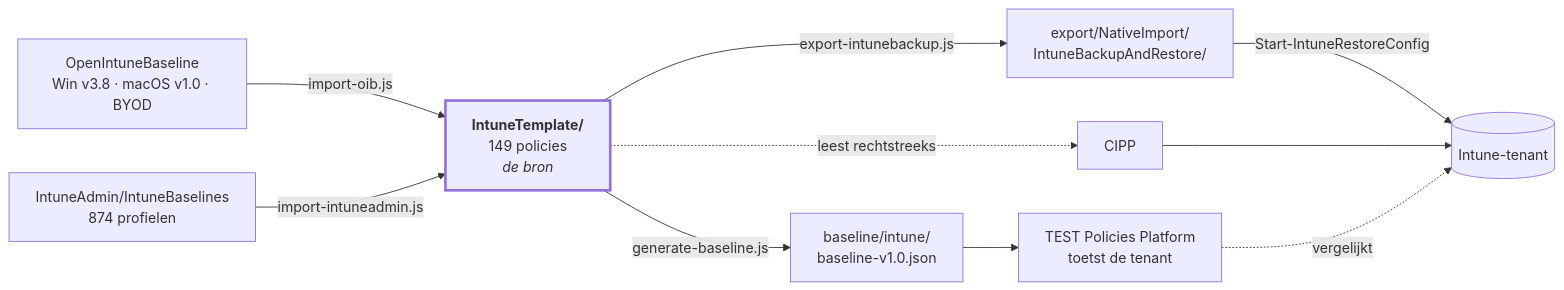
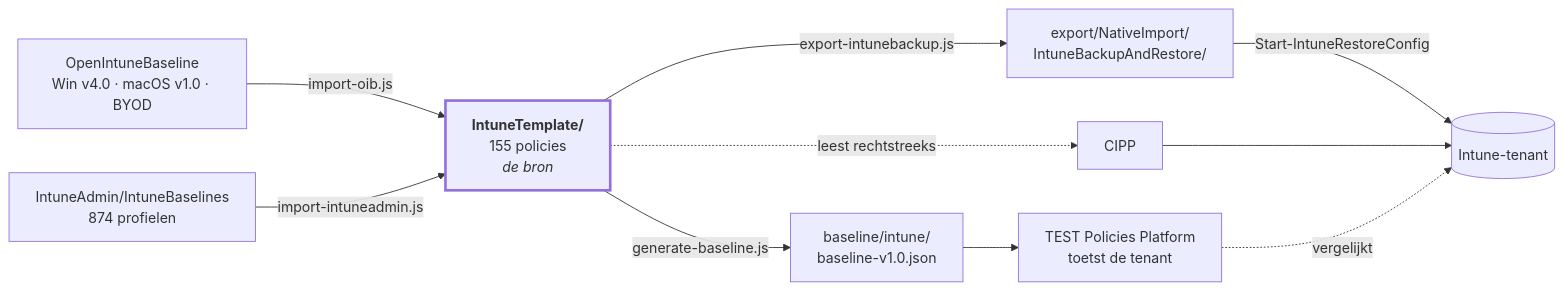
The diagram in README.md (sjkanon/IntuneBackup), drawn with Mermaid before and after one commit. The commit also changed other lines of this file and 293 other files, not shown here.

First line of the commit message:
Add baseline compliance policies and settings for Windows 10

````diff
--- a/README.md
+++ b/README.md
@@ -17,21 +18,21 @@
 ```mermaid
 flowchart LR
-  OIB["OpenIntuneBaseline<br/>Win v3.8 · macOS v1.0 · BYOD"]
-  T["<b>IntuneTemplate/</b><br/>149 policies<br/><i>de bron</i>"]
+  OIB["OpenIntuneBaseline<br/>Win v4.0 · macOS v1.0 · BYOD"]
+  T["<b>IntuneTemplate/</b><br/>155 policies<br/><i>de bron</i>"]
   BL["baseline/intune/<br/>baseline-v1.0.json"]
   EX["export/NativeImport/<br/>IntuneBackupAndRestore/"]
   TENANT[("Intune-tenant")]
 
   OIB -->|import-oib.js| T
   T -->|generate-baseline.js| BL
   T -->|export-intunebackup.js| EX
   T -.->|leest rechtstreeks| CIPP[CIPP]
   BL --> PLAT["TEST Policies Platform<br/>toetst de tenant"]
   EX -->|Start-IntuneRestoreConfig| TENANT
   CIPP --> TENANT
   PLAT -.->|vergelijkt| TENANT
 
   IA["IntuneAdmin/IntuneBaselines<br/>874 profielen"] -->|import-intuneadmin.js| T
 
   style T stroke-width:3px
 ```
````
